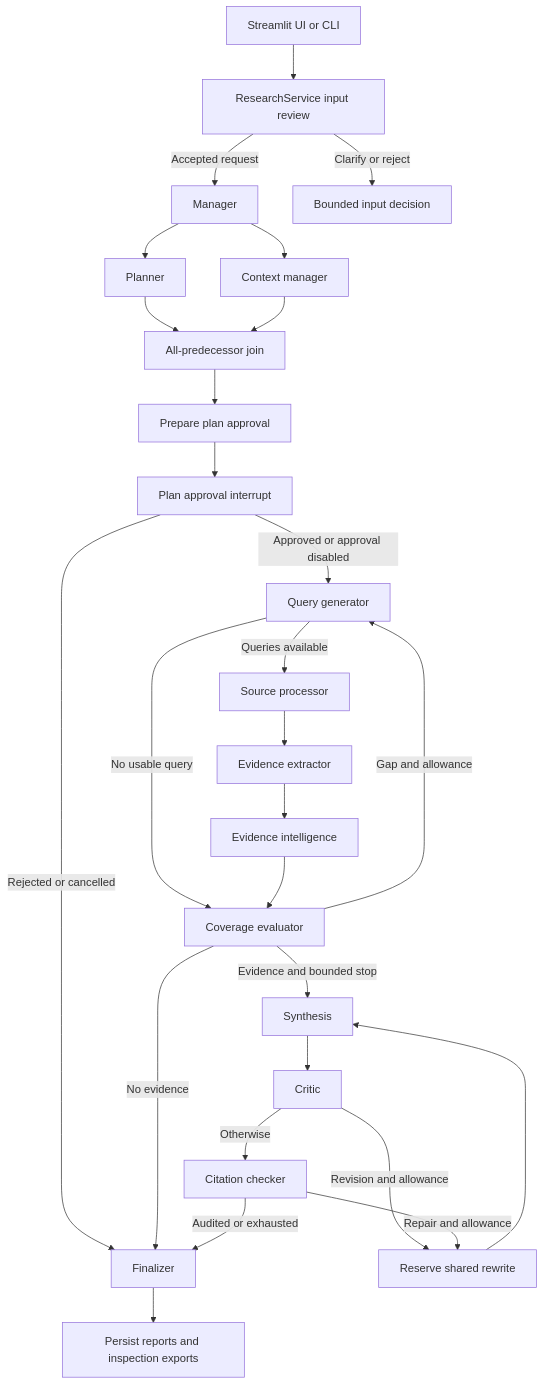
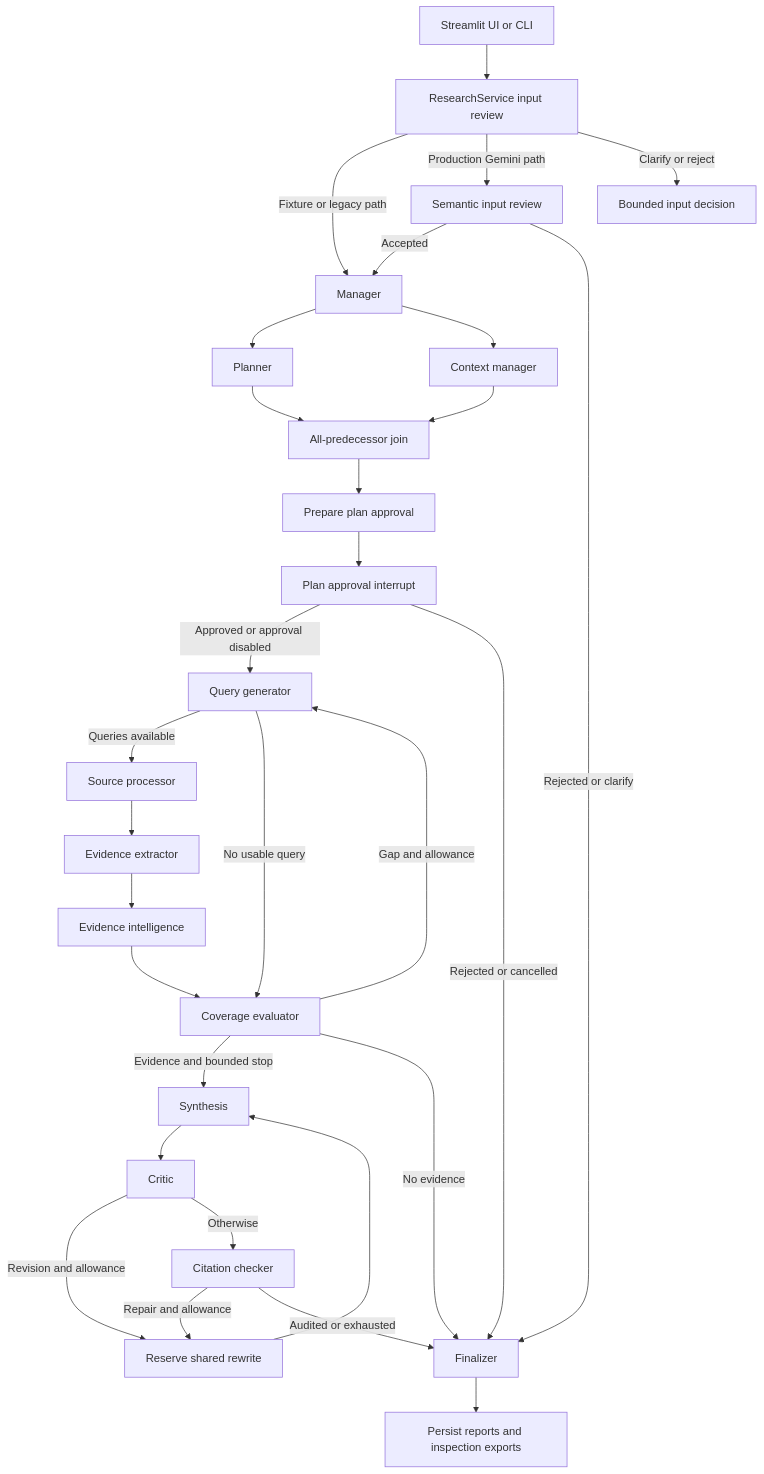
The first of 2 diagrams in docs/submission/ARCHITECTURE.md (cakhiltej9001-source/evidenceforge-ai), drawn with Mermaid before and after one commit. The commit also changed other lines of this file and 1 other file, not shown here.

````diff
--- a/docs/submission/ARCHITECTURE.md
+++ b/docs/submission/ARCHITECTURE.md
@@ -7,29 +8,32 @@
 ```mermaid
 flowchart TD
   UI[Streamlit UI or CLI] --> SERVICE[ResearchService input review]
-  SERVICE -->|Accepted request| M[Manager]
+  SERVICE -->|Fixture or legacy path| M[Manager]
+  SERVICE -->|Production Gemini path| GUARD[Semantic input review]
+  GUARD -->|Accepted| M
+  GUARD -->|Rejected or clarify| F[Finalizer]
   SERVICE -->|Clarify or reject| HELP[Bounded input decision]
   M --> P[Planner]
   M --> C[Context manager]
   P --> JOIN[All-predecessor join]
   C --> JOIN
   JOIN --> PREP[Prepare plan approval]
   PREP --> APPROVAL[Plan approval interrupt]
   APPROVAL -->|Approved or approval disabled| Q[Query generator]
   APPROVAL -->|Rejected or cancelled| F[Finalizer]
   Q -->|Queries available| SOURCE[Source processor]
   Q -->|No usable query| COVERAGE[Coverage evaluator]
   SOURCE --> EXTRACT[Evidence extractor]
   EXTRACT --> ANALYSIS[Evidence intelligence]
   ANALYSIS --> COVERAGE
   COVERAGE -->|Gap and allowance| Q
   COVERAGE -->|Evidence and bounded stop| SYN[Synthesis]
   COVERAGE -->|No evidence| F
   SYN --> CRITIC[Critic]
   CRITIC -->|Revision and allowance| REWRITE[Reserve shared rewrite]
   CRITIC -->|Otherwise| CITE[Citation checker]
   CITE -->|Repair and allowance| REWRITE
   REWRITE --> SYN
   CITE -->|Audited or exhausted| F
   F --> DELIVERY[Persist reports and inspection exports]
 ```
````
